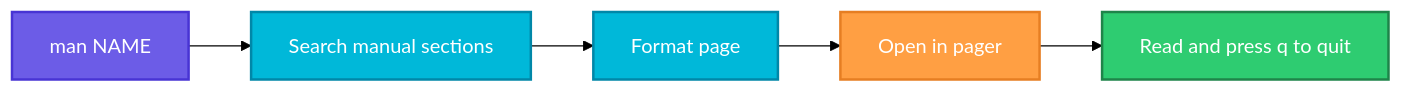
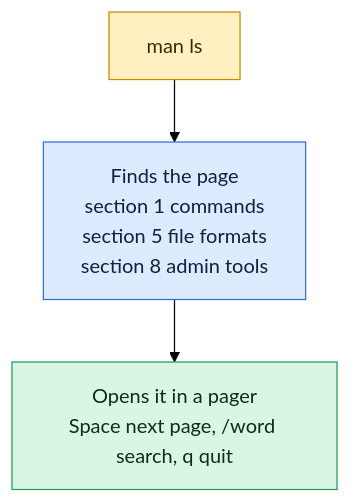
Before and after one commit to codeKerdosTech/DevOps-Documentation: the diagram in linux/shell-basics/man.md, drawn with Mermaid (forest theme). The commit also changed other lines of this file and 165 other files, not shown here.

Commit message:
updated diagrams in linux

````diff
--- a/linux/shell-basics/man.md
+++ b/linux/shell-basics/man.md
@@ -14,18 +14,13 @@
 ```mermaid
-flowchart LR
-    A[man NAME] --> B[Search manual sections]
-    B --> C[Format page]
-    C --> D[Open in pager]
-    D --> E[Read and press q to quit]
-    classDef start fill:#6C5CE7,stroke:#4834D4,stroke-width:2px,color:#fff
-    classDef proc fill:#00B8D9,stroke:#0087A8,stroke-width:2px,color:#fff
-    classDef dec fill:#FFC312,stroke:#E1A100,stroke-width:2px,color:#222
-    classDef ok fill:#2ECC71,stroke:#1E8449,stroke-width:2px,color:#fff
-    classDef err fill:#FF4757,stroke:#C0392B,stroke-width:2px,color:#fff
-    classDef out fill:#FD79A8,stroke:#E84393,stroke-width:2px,color:#fff
-    classDef alt fill:#FF9F43,stroke:#E67E22,stroke-width:2px,color:#fff
-    class A start
-    class B,C proc
-    class D alt
-    class E ok
+flowchart TD
+    c1[man ls] --> i1[Finds the page<br/>section 1 commands<br/>section 5 file formats<br/>section 8 admin tools]
+    i1 --> o1[Opens it in a pager<br/>Space next page, /word search, q quit]
+    classDef inp fill:#DCEBFF,stroke:#2F6FDE,color:#10213F
+    classDef cmd fill:#FFF0C2,stroke:#C98A00,color:#3A2A00
+    classDef out fill:#D9F5E3,stroke:#1F9D55,color:#0B2E1A
+    classDef bad fill:#FDE0E0,stroke:#D13B3B,color:#4A0F0F
+    classDef note fill:#ECEFF3,stroke:#7B8794,color:#1F2933
+    class c1 cmd
+    class i1 inp
+    class o1 out
 ```
````
